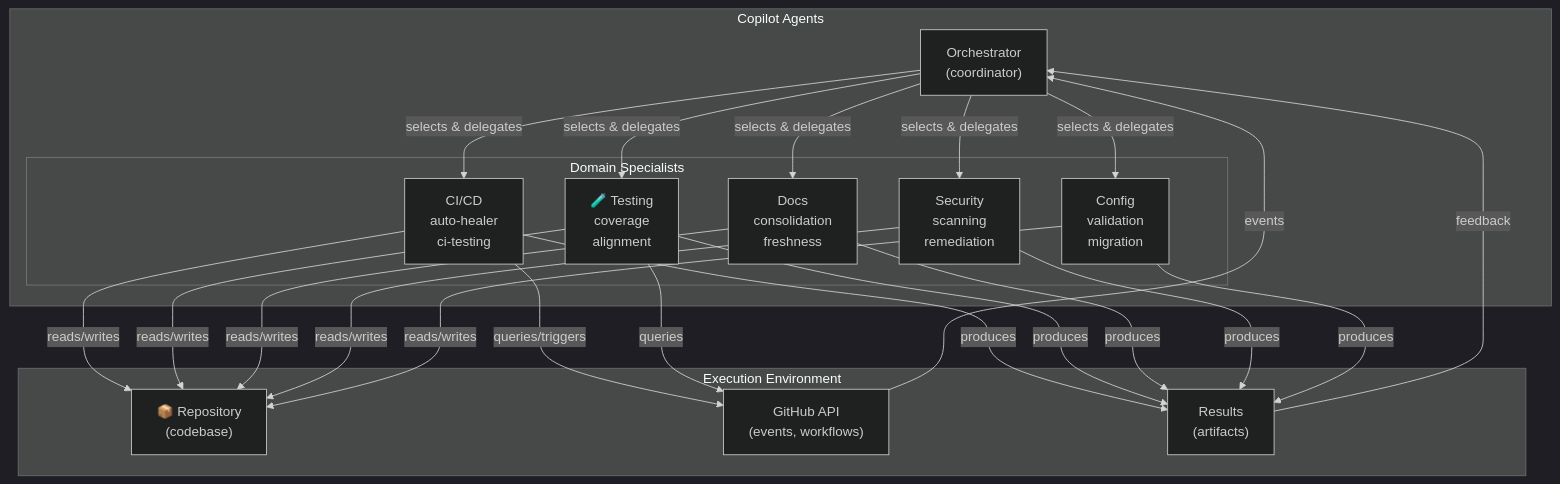
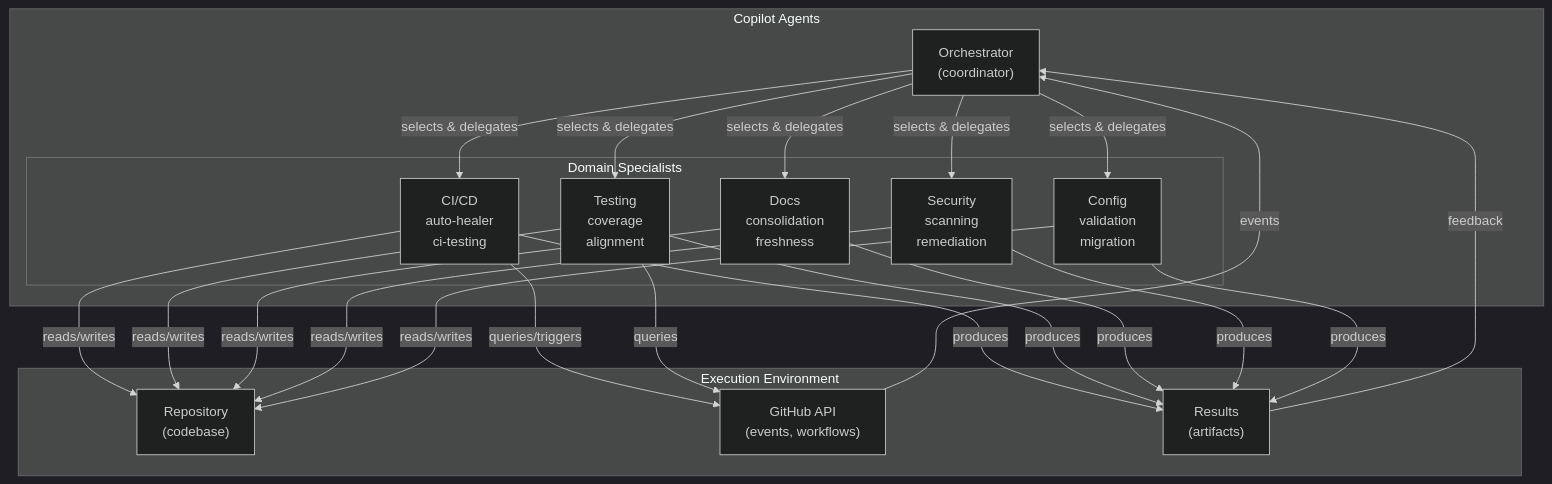
The first of 10 diagrams in docs/agent/CUSTOM_AGENT_COORDINATION_WORKFLOWS.md (Aries-Serpent/_codex_), drawn with Mermaid (dark theme) before and after one commit. The commit also changed other lines of this file and 4117 other files, not shown here.

````diff
--- a/docs/agent/CUSTOM_AGENT_COORDINATION_WORKFLOWS.md
+++ b/docs/agent/CUSTOM_AGENT_COORDINATION_WORKFLOWS.md
@@ -27,43 +27,59 @@
 ```mermaid
 graph TB
-    subgraph "Copilot Agents"
-        Orchestrator[" Orchestrator<br/>(coordinator)"]
 
-        subgraph "Domain Specialists"
-            CICD[" CI/CD<br/>auto-healer<br/>ci-testing"]
-            Testing["🧪 Testing<br/>coverage<br/>alignment"]
-            Docs[" Docs<br/>consolidation<br/>freshness"]
-            Security[" Security<br/>scanning<br/>remediation"]
-            Config[" Config<br/>validation<br/>migration"]
-        end
-    end
+ subgraph "Copilot Agents"
+ Orchestrator[" Orchestrator<br/>(coordinator)"]
 
-    subgraph "Execution Environment"
-        Repository["📦 Repository<br/>(codebase)"]
-        GitHub[" GitHub API<br/>(events, workflows)"]
-        Results[" Results<br/>(artifacts)"]
-    end
+ subgraph "Domain Specialists"
+ CICD[" CI/CD<br/>auto-healer<br/>ci-testing"]
+ Testing[" Testing<br/>coverage<br/>alignment"]
+ Docs[" Docs<br/>consolidation<br/>freshness"]
+ Security[" Security<br/>scanning<br/>remediation"]
+ Config[" Config<br/>validation<br/>migration"]
+ end
+ end
 
-    Orchestrator -->|selects & delegates| CICD
-    Orchestrator -->|selects & delegates| Testing
-    Orchestrator -->|selects & delegates| Docs
-    Orchestrator -->|selects & delegates| Security
-    Orchestrator -->|selects & delegates| Config
+ subgraph "Execution Environment"
+ Repository[" Repository<br/>(codebase)"]
+ GitHub[" GitHub API<br/>(events, workflows)"]
+ Results[" Results<br/>(artifacts)"]
+ end
 
-    CICD -->|reads/writes| Repository
-    CICD -->|queries/triggers| GitHub
-    Testing -->|reads/writes| Repository
-    Testing -->|queries| GitHub
-    Docs -->|reads/writes| Repository
-    Security -->|reads/writes| Repository
-    Config -->|reads/writes| Repository
+ Orchestrator -->|selects & delegates| CICD
 
-    CICD -->|produces| Results
-    Testing -->|produces| Results
-    Docs -->|produces| Results
-    Security -->|produces| Results
-    Config -->|produces| Results
+ Orchestrator -->|selects & delegates| Testing
 
-    GitHub -->|events| Orchestrator
-    Results -->|feedback| Orchestrator
+ Orchestrator -->|selects & delegates| Docs
+
+ Orchestrator -->|selects & delegates| Security
+
+ Orchestrator -->|selects & delegates| Config
+
+ CICD -->|reads/writes| Repository
+
+ CICD -->|queries/triggers| GitHub
+
+ Testing -->|reads/writes| Repository
+
+ Testing -->|queries| GitHub
+
+ Docs -->|reads/writes| Repository
+
+ Security -->|reads/writes| Repository
+
+ Config -->|reads/writes| Repository
+
+ CICD -->|produces| Results
+
+ Testing -->|produces| Results
+
+ Docs -->|produces| Results
+
+ Security -->|produces| Results
+
+ Config -->|produces| Results
+
+ GitHub -->|events| Orchestrator
+
+ Results -->|feedback| Orchestrator
 ```
````
